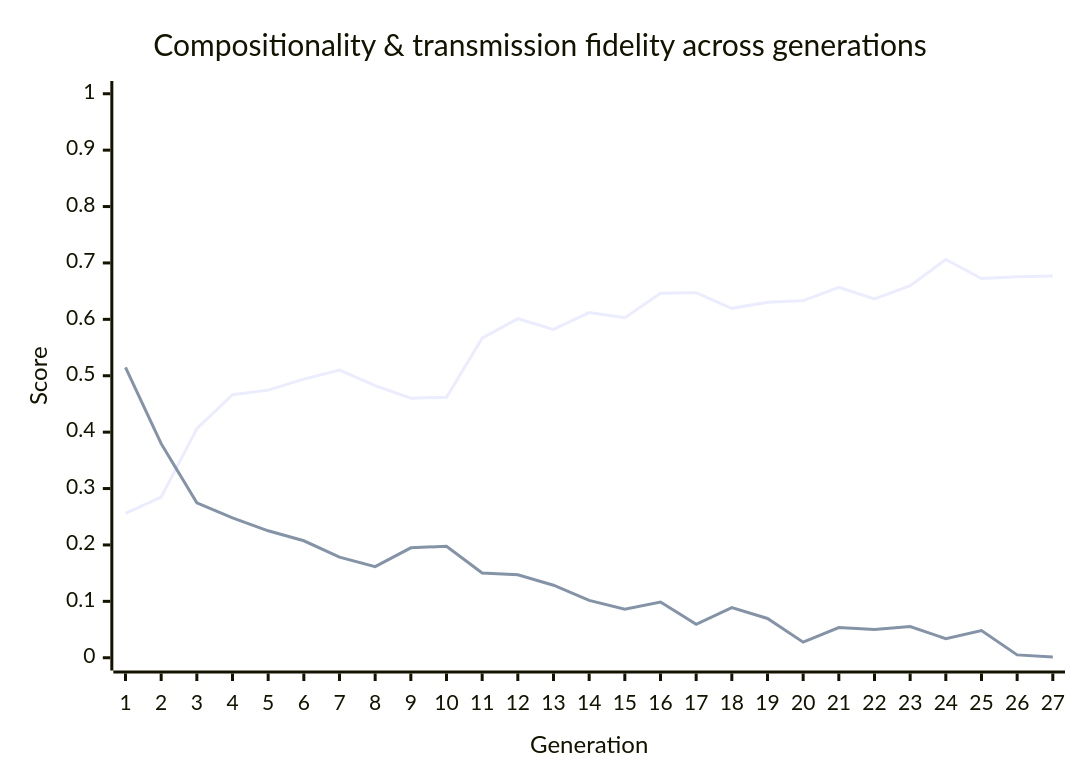
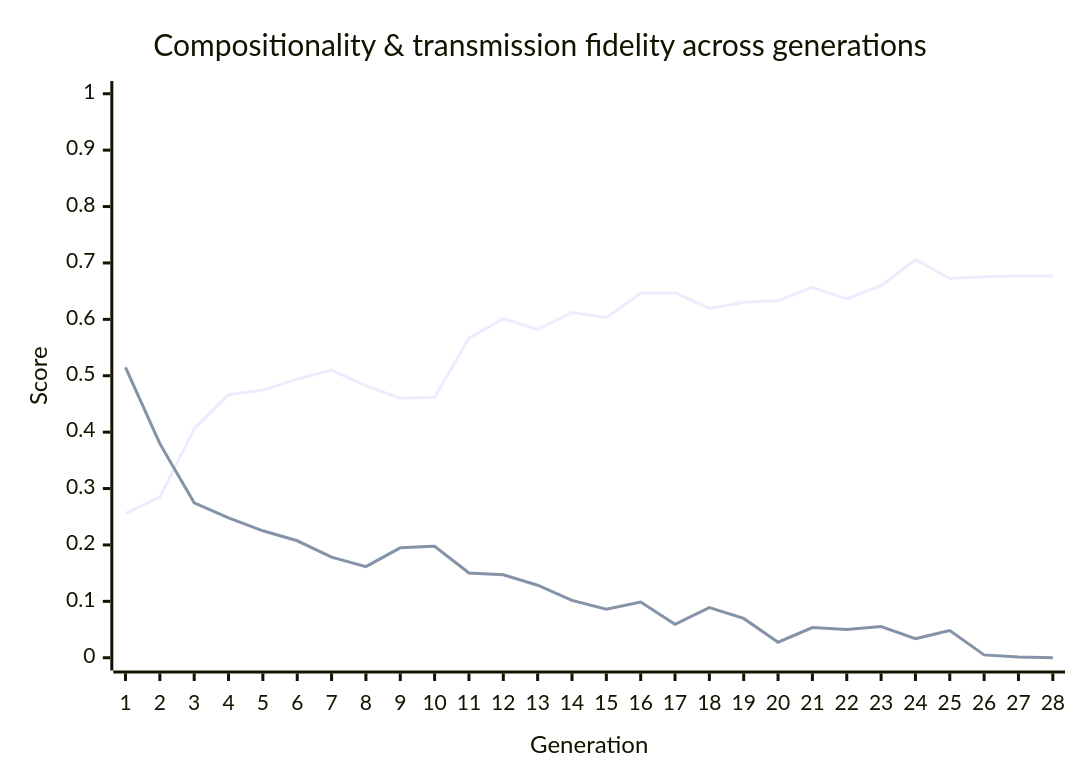
Before and after one commit to nichobbs/traditio: the diagram in metrics/latest-report.md, drawn with Mermaid. The commit also changed other lines of this file and 1 other file, not shown here.

````diff
--- a/metrics/latest-report.md
+++ b/metrics/latest-report.md
@@ -40,8 +40,8 @@
 ```mermaid
 xychart-beta
     title "Compositionality & transmission fidelity across generations"
-    x-axis "Generation" [1, 2, 3, 4, 5, 6, 7, 8, 9, 10, 11, 12, 13, 14, 15, 16, 17, 18, 19, 20, 21, 22, 23, 24, 25, 26, 27]
+    x-axis "Generation" [1, 2, 3, 4, 5, 6, 7, 8, 9, 10, 11, 12, 13, 14, 15, 16, 17, 18, 19, 20, 21, 22, 23, 24, 25, 26, 27, 28]
     y-axis "Score" 0 --> 1
-    line "Compositionality" [0.2559, 0.2849, 0.4060, 0.4663, 0.4745, 0.4941, 0.5099, 0.4826, 0.4603, 0.4619, 0.5665, 0.6011, 0.5822, 0.6121, 0.6029, 0.6464, 0.6473, 0.6195, 0.6304, 0.6332, 0.6566, 0.6361, 0.6598, 0.7061, 0.6725, 0.6757, 0.6767]
-    line "Transmission Fidelity" [0.5148, 0.3796, 0.2746, 0.2481, 0.2251, 0.2074, 0.1785, 0.1615, 0.1949, 0.1977, 0.1504, 0.1472, 0.1286, 0.1016, 0.0861, 0.0987, 0.0594, 0.0888, 0.0697, 0.0276, 0.0536, 0.0500, 0.0553, 0.0339, 0.0483, 0.0051, 0.0012]
+    line "Compositionality" [0.2559, 0.2849, 0.4060, 0.4663, 0.4745, 0.4941, 0.5099, 0.4826, 0.4603, 0.4619, 0.5665, 0.6011, 0.5822, 0.6121, 0.6029, 0.6464, 0.6473, 0.6195, 0.6304, 0.6332, 0.6566, 0.6361, 0.6598, 0.7061, 0.6725, 0.6757, 0.6767, 0.6767]
+    line "Transmission Fidelity" [0.5148, 0.3796, 0.2746, 0.2481, 0.2251, 0.2074, 0.1785, 0.1615, 0.1949, 0.1977, 0.1504, 0.1472, 0.1286, 0.1016, 0.0861, 0.0987, 0.0594, 0.0888, 0.0697, 0.0276, 0.0536, 0.0500, 0.0553, 0.0339, 0.0483, 0.0051, 0.0012, 0.0000]
 ```
````
